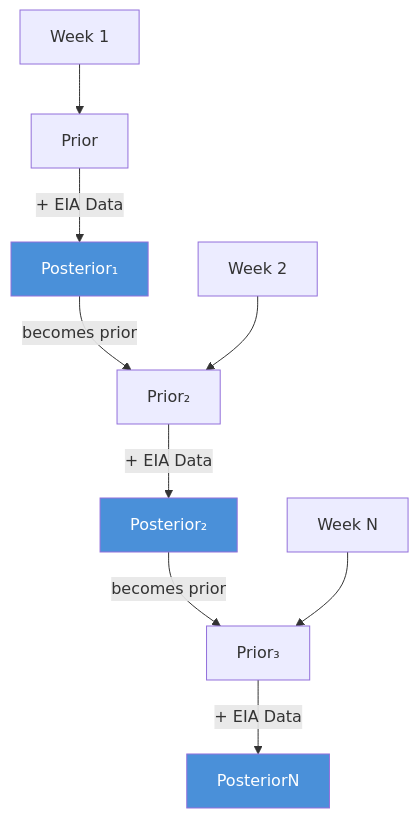
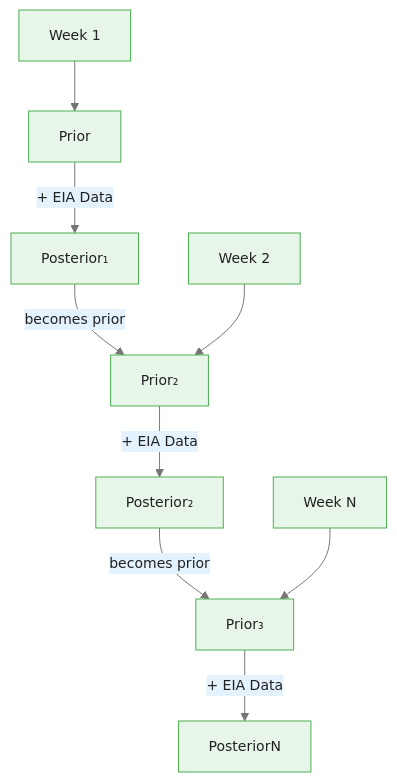
The second of 4 diagrams in courses/bayesian-commodity-forecasting/modules/module_01_bayesian_fundamentals/guides/01_bayes_theorem_slides.md (m-deane/course-creator), drawn with Mermaid before and after one commit. The commit also changed other lines of this file and 104 other files, not shown here.

````diff
--- a/courses/bayesian-commodity-forecasting/modules/module_01_bayesian_fundamentals/guides/01_bayes_theorem_slides.md
+++ b/courses/bayesian-commodity-forecasting/modules/module_01_bayesian_fundamentals/guides/01_bayes_theorem_slides.md
@@ -94,11 +108,9 @@
 ```mermaid
+%%{init: {"theme": "base", "themeVariables": {"primaryColor": "#e8f5e9", "primaryBorderColor": "#4caf50", "primaryTextColor": "#212121", "secondaryColor": "#e3f2fd", "tertiaryColor": "#fff8e1", "lineColor": "#757575", "fontFamily": "Inter, sans-serif", "fontSize": "14px"}}}%%
 flowchart TD
     W1["Week 1"] --> P1["Prior"] --> |"+ EIA Data"| Post1["Posterior₁"]
     Post1 --> |"becomes prior"| P2["Prior₂"]
     W2["Week 2"] --> P2 --> |"+ EIA Data"| Post2["Posterior₂"]
     Post2 --> |"becomes prior"| P3["Prior₃"]
     W3["Week N"] --> P3 --> |"+ EIA Data"| PostN["PosteriorN"]
-    style Post1 fill:#4a90d9,color:#fff
-    style Post2 fill:#4a90d9,color:#fff
-    style PostN fill:#4a90d9,color:#fff
 ```
````
